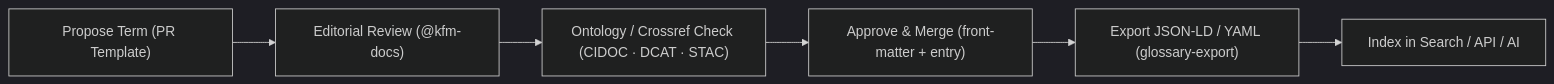
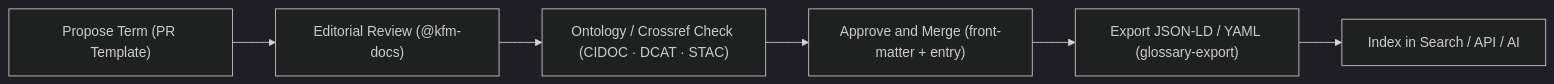
One commit to bartytime4life/Kansas-Frontier-Matrix changed the diagram in docs/glossary.md. Above: the diagram before and after it, drawn with Mermaid (dark theme). The commit also changed other lines of this file, not shown here.

````diff
--- a/docs/glossary.md
+++ b/docs/glossary.md
@@ -279,8 +296,8 @@
 ```mermaid
 flowchart LR
   A["Propose Term (PR Template)"] --> B["Editorial Review (@kfm-docs)"]
   B --> C["Ontology / Crossref Check (CIDOC · DCAT · STAC)"]
-  C --> D["Approve & Merge (front-matter + entry)"]
+  C --> D["Approve and Merge (front-matter + entry)"]
   D --> E["Export JSON-LD / YAML (glossary-export)"]
   E --> F["Index in Search / API / AI"]
 ```
````
